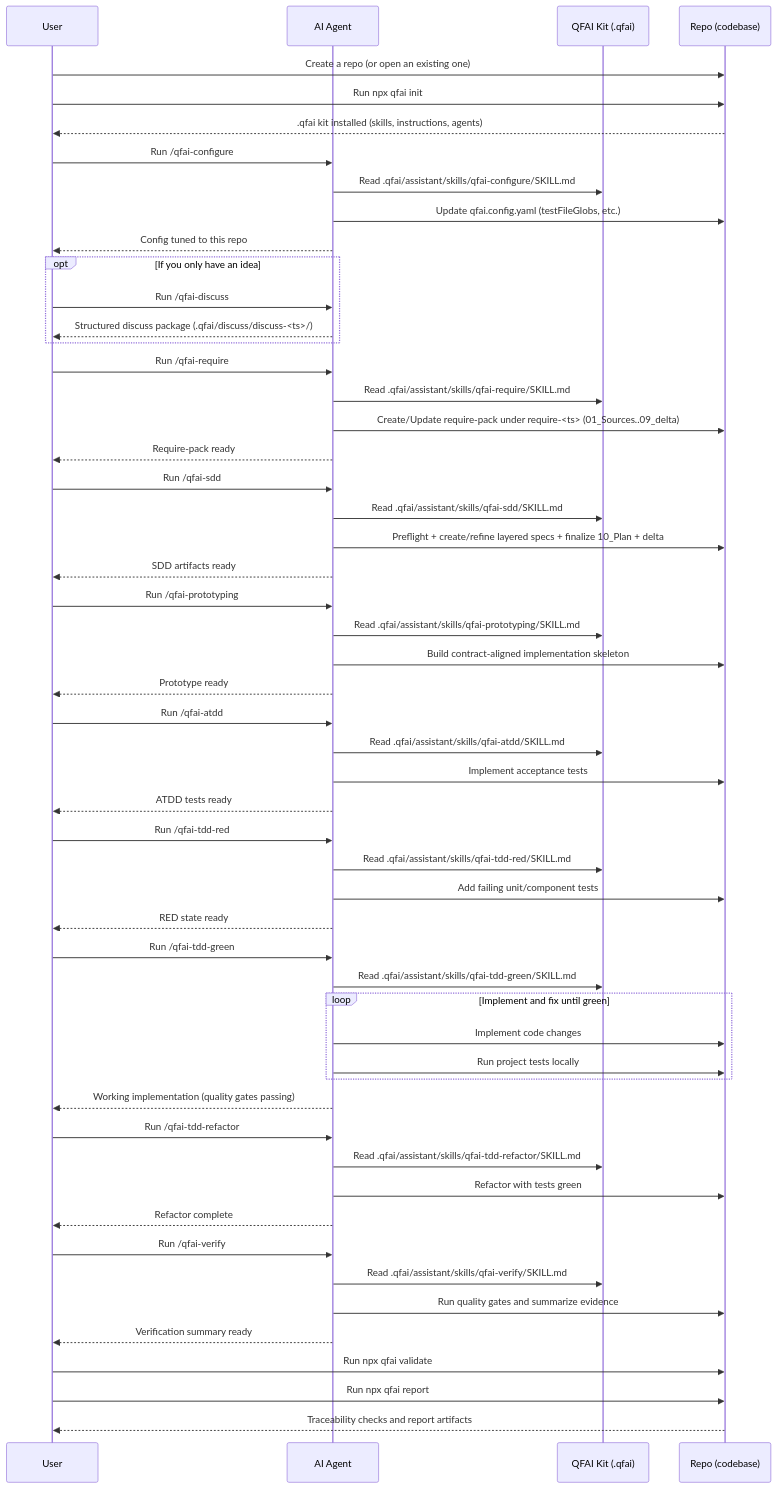
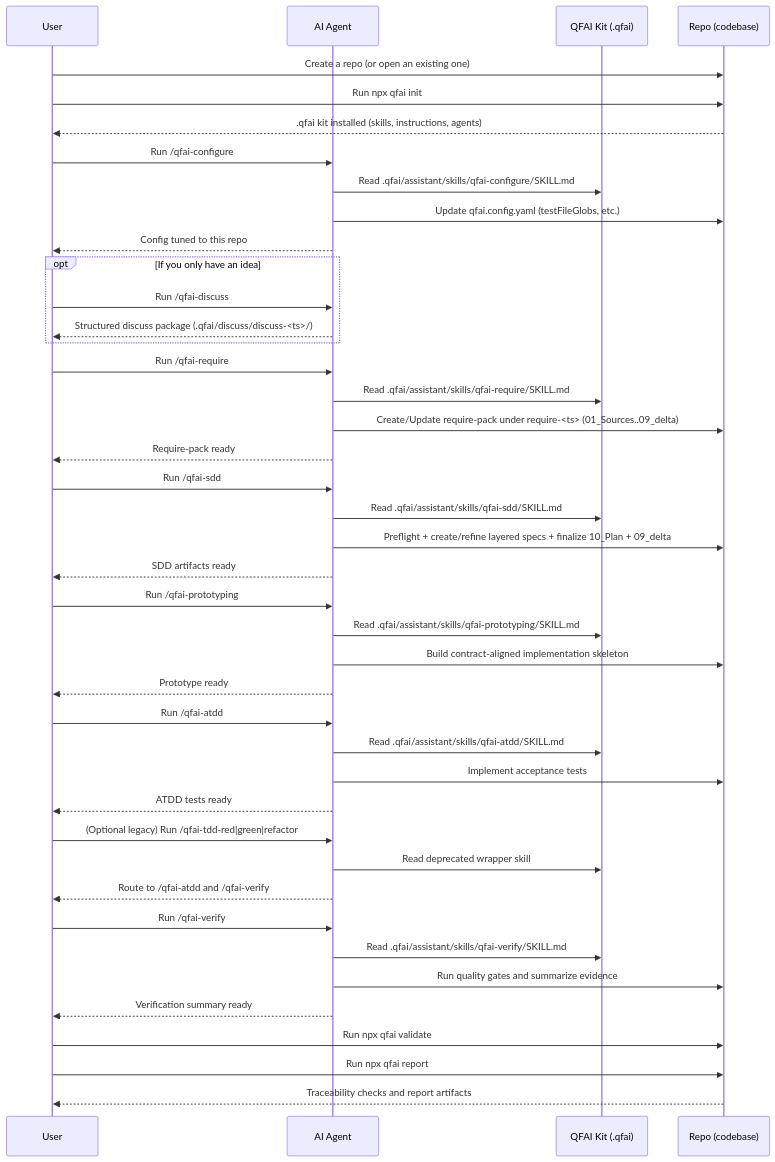
One commit to aganesy/QFAI changed the first of 2 diagrams in packages/qfai/README.md. Above: the diagram before and after it, drawn with Mermaid. The commit also changed other lines of this file and 4 other files, not shown here.

````diff
--- a/packages/qfai/README.md
+++ b/packages/qfai/README.md
@@ -83,68 +80,54 @@
 ```mermaid
 sequenceDiagram
 participant U as User
 participant AG as AI Agent
 participant Q as QFAI Kit (.qfai)
 participant R as Repo (codebase)
 
 U->>R: Create a repo (or open an existing one)
 U->>R: Run npx qfai init
 R-->>U: .qfai kit installed (skills, instructions, agents)
 
 U->>AG: Run /qfai-configure
 AG->>Q: Read .qfai/assistant/skills/qfai-configure/SKILL.md
 AG->>R: Update qfai.config.yaml (testFileGlobs, etc.)
 AG-->>U: Config tuned to this repo
 
 opt If you only have an idea
 U->>AG: Run /qfai-discuss
 AG-->>U: Structured discuss package (.qfai/discuss/discuss-<ts>/)
 end
 
 U->>AG: Run /qfai-require
 AG->>Q: Read .qfai/assistant/skills/qfai-require/SKILL.md
 AG->>R: Create/Update require-pack under require-<ts> (01_Sources..09_delta)
 AG-->>U: Require-pack ready
 
 U->>AG: Run /qfai-sdd
 AG->>Q: Read .qfai/assistant/skills/qfai-sdd/SKILL.md
-AG->>R: Preflight + create/refine layered specs + finalize 10_Plan + delta
+AG->>R: Preflight + create/refine layered specs + finalize 10_Plan + 09_delta
 AG-->>U: SDD artifacts ready
 
 U->>AG: Run /qfai-prototyping
 AG->>Q: Read .qfai/assistant/skills/qfai-prototyping/SKILL.md
 AG->>R: Build contract-aligned implementation skeleton
 AG-->>U: Prototype ready
 
 U->>AG: Run /qfai-atdd
 AG->>Q: Read .qfai/assistant/skills/qfai-atdd/SKILL.md
 AG->>R: Implement acceptance tests
 AG-->>U: ATDD tests ready
 
-U->>AG: Run /qfai-tdd-red
-AG->>Q: Read .qfai/assistant/skills/qfai-tdd-red/SKILL.md
-AG->>R: Add failing unit/component tests
-AG-->>U: RED state ready
-
-U->>AG: Run /qfai-tdd-green
-AG->>Q: Read .qfai/assistant/skills/qfai-tdd-green/SKILL.md
-loop Implement and fix until green
-AG->>R: Implement code changes
-AG->>R: Run project tests locally
-end
-AG-->>U: Working implementation (quality gates passing)
-
-U->>AG: Run /qfai-tdd-refactor
-AG->>Q: Read .qfai/assistant/skills/qfai-tdd-refactor/SKILL.md
-AG->>R: Refactor with tests green
-AG-->>U: Refactor complete
+U->>AG: (Optional legacy) Run /qfai-tdd-red|green|refactor
+AG->>Q: Read deprecated wrapper skill
+AG-->>U: Route to /qfai-atdd and /qfai-verify
 
 U->>AG: Run /qfai-verify
 AG->>Q: Read .qfai/assistant/skills/qfai-verify/SKILL.md
 AG->>R: Run quality gates and summarize evidence
 AG-->>U: Verification summary ready
 
 U->>R: Run npx qfai validate
 U->>R: Run npx qfai report
 R-->>U: Traceability checks and report artifacts
 ```
````
